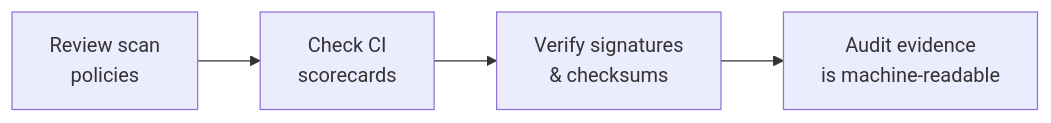
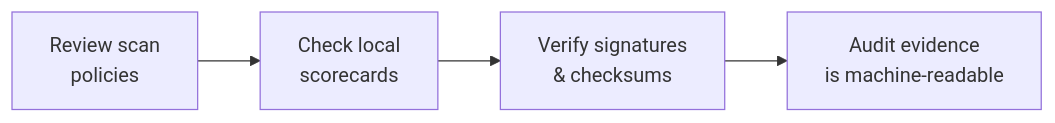
Before and after one commit to jlov7/runwright: the fourth of 4 diagrams in README.md, drawn with Mermaid. The commit also changed other lines of this file and 4 other files, not shown here.

````diff
--- a/README.md
+++ b/README.md
@@ -244,6 +242,6 @@
 ```mermaid
 flowchart LR
-    A["Review scan<br/>policies"] --> B["Check CI<br/>scorecards"]
+    A["Review scan<br/>policies"] --> B["Check local<br/>scorecards"]
     B --> C["Verify signatures<br/>& checksums"]
     C --> D["Audit evidence<br/>is machine-readable"]
 ```
````
